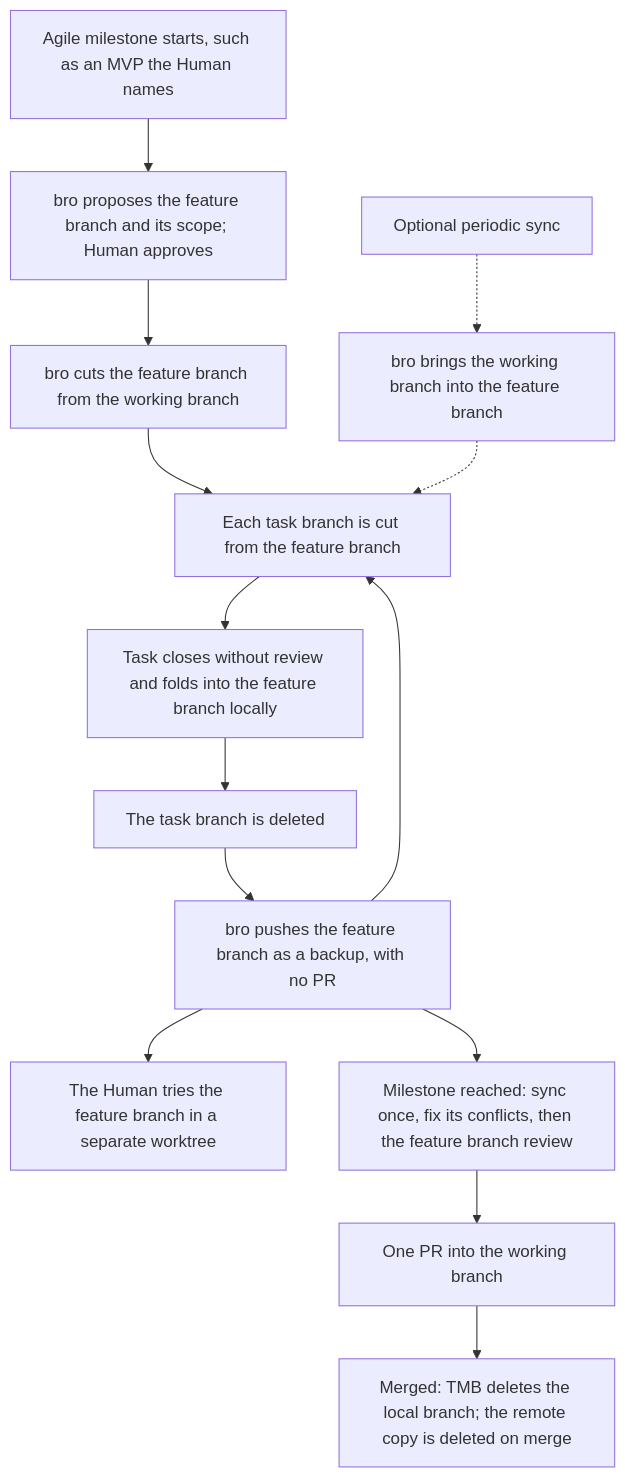
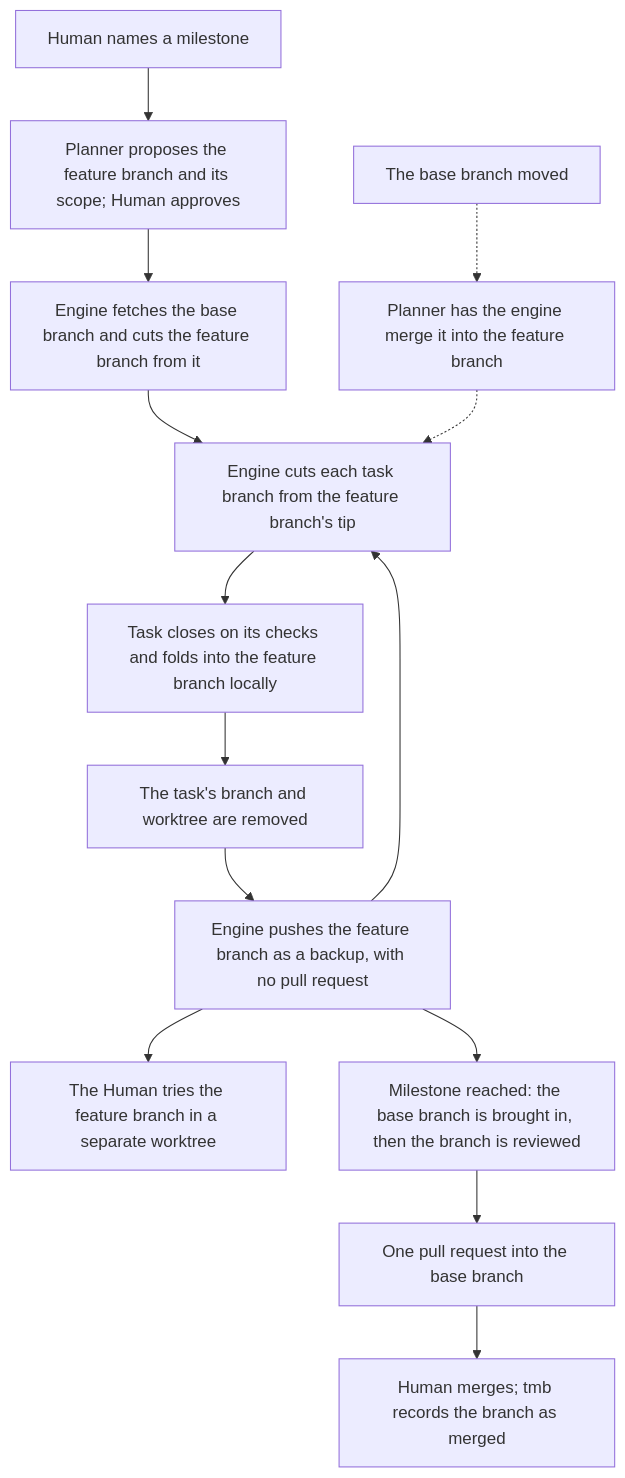
One commit to trustmybot/tmb changed the second of 8 diagrams in docs/architecture/AGILE.md. Above: the diagram before and after it, drawn with Mermaid. The commit also changed other lines of this file and 38 other files, not shown here.

````diff
--- a/docs/architecture/AGILE.md
+++ b/docs/architecture/AGILE.md
@@ -44,16 +45,16 @@
 ```mermaid
 flowchart TD
-    A[Agile milestone starts, such as an MVP the Human names] --> B[bro proposes the feature branch and its scope; Human approves]
-    B --> C[bro cuts the feature branch from the working branch]
-    C --> D[Each task branch is cut from the feature branch]
-    D --> E[Task closes without review and folds into the feature branch locally]
-    E --> X[The task branch is deleted]
-    X --> F[bro pushes the feature branch as a backup, with no PR]
+    A[Human names a milestone] --> B[Planner proposes the feature branch and its scope; Human approves]
+    B --> C[Engine fetches the base branch and cuts the feature branch from it]
+    C --> D["Engine cuts each task branch from the feature branch's tip"]
+    D --> E[Task closes on its checks and folds into the feature branch locally]
+    E --> X[The task's branch and worktree are removed]
+    X --> F[Engine pushes the feature branch as a backup, with no pull request]
     F --> D
-    G[Optional periodic sync] -.-> H[bro brings the working branch into the feature branch]
+    G[The base branch moved] -.-> H[Planner has the engine merge it into the feature branch]
     H -.-> D
     F --> T[The Human tries the feature branch in a separate worktree]
-    F --> M[Milestone reached: sync once, fix its conflicts, then the feature branch review]
-    M --> P[One PR into the working branch]
-    P --> Z[Merged: TMB deletes the local branch; the remote copy is deleted on merge]
+    F --> M[Milestone reached: the base branch is brought in, then the branch is reviewed]
+    M --> P[One pull request into the base branch]
+    P --> Z[Human merges; tmb records the branch as merged]
 ```
````
